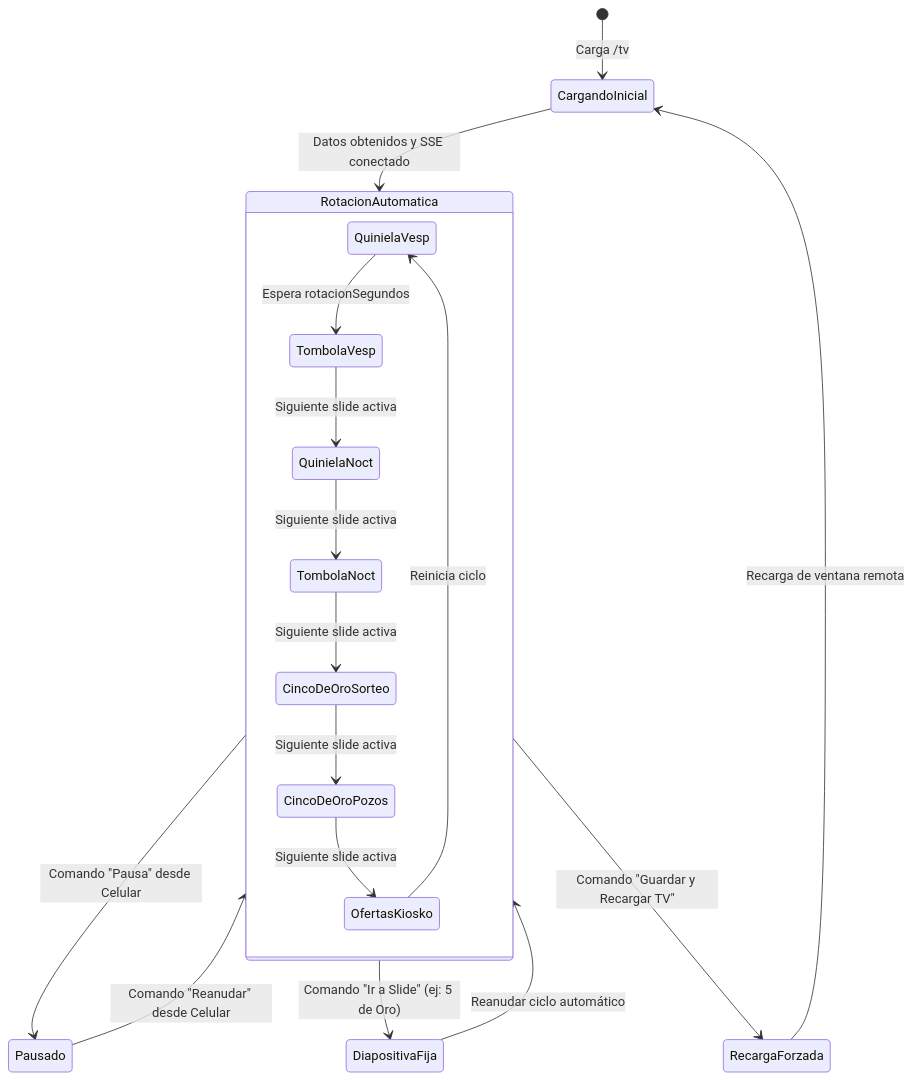
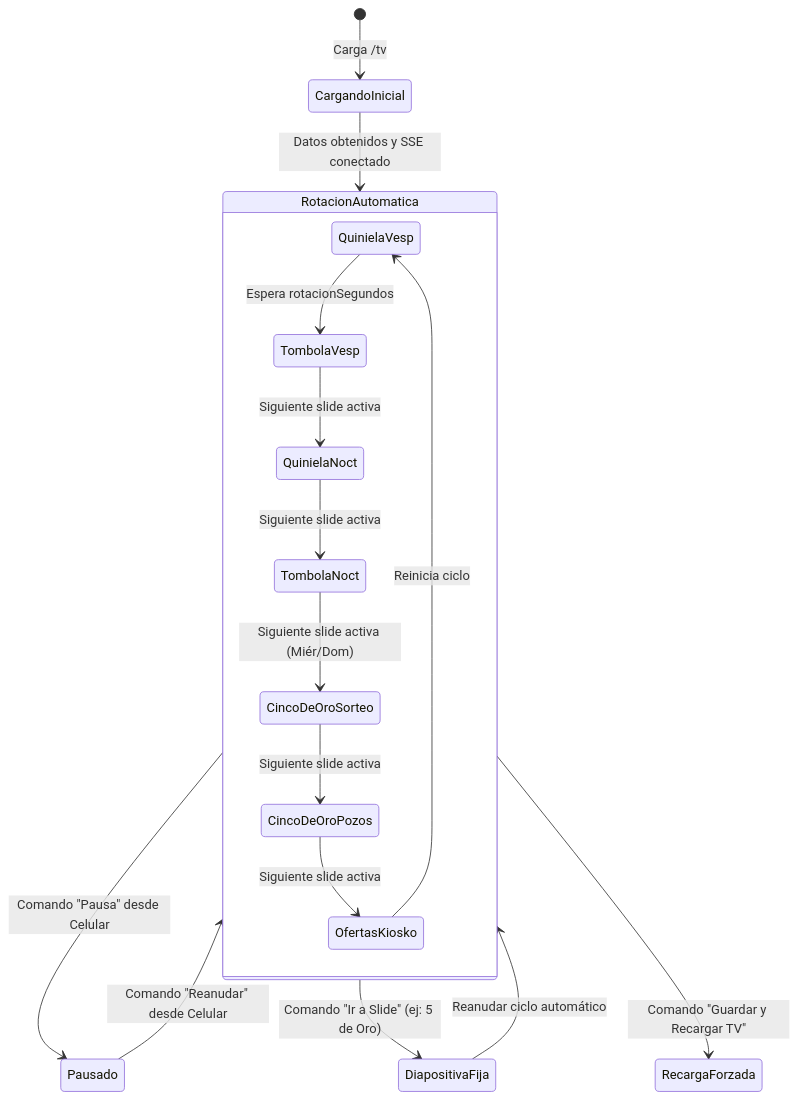
One commit to jamatrain/remote-board changed the fourth of 4 diagrams in README.md. Above: the diagram before and after it, drawn with Mermaid. The commit also changed other lines of this file and 4 other files, not shown here.

````diff
--- a/README.md
+++ b/README.md
@@ -88,24 +152,21 @@
 ```mermaid
 stateDiagram-v2
     [*] --> CargandoInicial: Carga /tv
     CargandoInicial --> RotacionAutomatica: Datos obtenidos y SSE conectado
 
     state RotacionAutomatica {
         QuinielaVesp --> TombolaVesp: Espera rotacionSegundos
         TombolaVesp --> QuinielaNoct: Siguiente slide activa
         QuinielaNoct --> TombolaNoct: Siguiente slide activa
-        TombolaNoct --> CincoDeOroSorteo: Siguiente slide activa
+        TombolaNoct --> CincoDeOroSorteo: Siguiente slide activa (Miér/Dom)
         CincoDeOroSorteo --> CincoDeOroPozos: Siguiente slide activa
         CincoDeOroPozos --> OfertasKiosko: Siguiente slide activa
         OfertasKiosko --> QuinielaVesp: Reinicia ciclo
     }
 
     RotacionAutomatica --> Pausado: Comando "Pausa" desde Celular
     Pausado --> RotacionAutomatica: Comando "Reanudar" desde Celular
-
     RotacionAutomatica --> DiapositivaFija: Comando "Ir a Slide" (ej: 5 de Oro)
     DiapositivaFija --> RotacionAutomatica: Reanudar ciclo automático
-
     RotacionAutomatica --> RecargaForzada: Comando "Guardar y Recargar TV"
-    RecargaForzada --> CargandoInicial: Recarga de ventana remota
 ```
````
